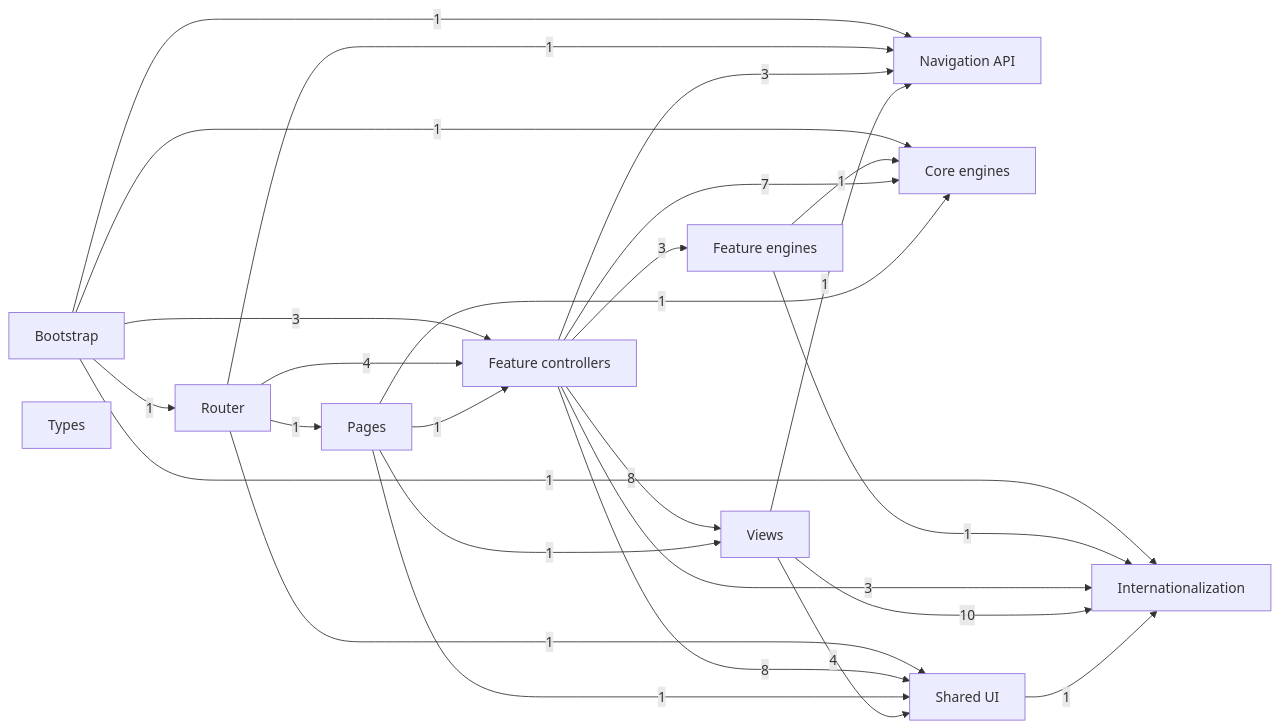
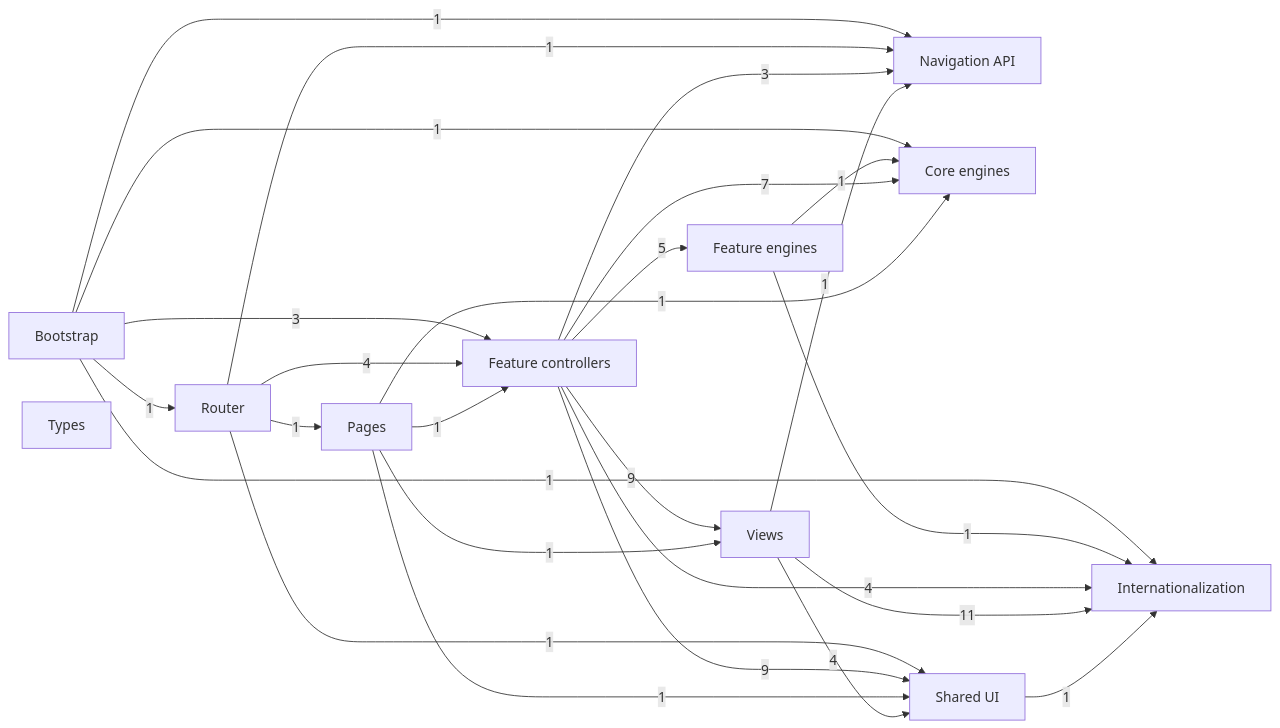
The first of 11 diagrams in docs/dependency-graph.md (temsahak-rgb/Dino-5monde), drawn with Mermaid before and after one commit. The commit also changed other lines of this file and 18 other files, not shown here.

````diff
--- a/docs/dependency-graph.md
+++ b/docs/dependency-graph.md
@@ -12,39 +12,39 @@
 ```mermaid
 flowchart LR
     G0["Bootstrap"]
     G1["Router"]
     G2["Navigation API"]
     G3["Core engines"]
     G4["Feature engines"]
     G5["Feature controllers"]
     G6["Pages"]
     G7["Views"]
     G8["Shared UI"]
     G9["Internationalization"]
     G10["Types"]
     G0 -->|1| G1
     G0 -->|1| G2
     G0 -->|1| G3
     G0 -->|3| G5
     G0 -->|1| G9
     G1 -->|1| G2
     G1 -->|4| G5
     G1 -->|1| G6
     G1 -->|1| G8
     G4 -->|1| G3
     G4 -->|1| G9
     G5 -->|3| G2
     G5 -->|7| G3
-    G5 -->|3| G4
-    G5 -->|8| G7
-    G5 -->|8| G8
-    G5 -->|3| G9
+    G5 -->|5| G4
+    G5 -->|9| G7
+    G5 -->|9| G8
+    G5 -->|4| G9
     G6 -->|1| G3
     G6 -->|1| G5
     G6 -->|1| G7
     G6 -->|1| G8
     G7 -->|1| G2
     G7 -->|4| G8
-    G7 -->|10| G9
+    G7 -->|11| G9
     G8 -->|1| G9
 ```
````
